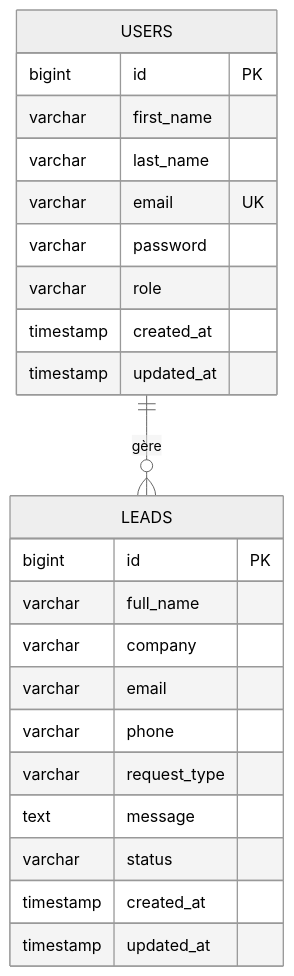
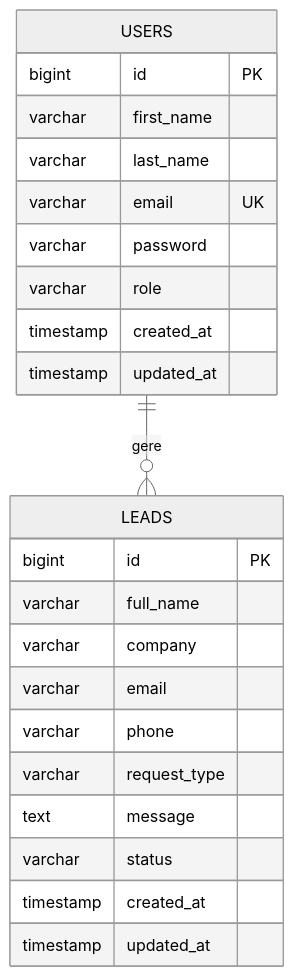
One commit to hrhouma1/inskillflow-docs-formation-spring-boot-projet-e-contact-backend changed the sixth of 9 diagrams in troubleshooting/20-deploiement-final-et-architecture-mermaid.md. Above: the diagram before and after it, drawn with Mermaid (neutral theme). The commit also changed other lines of this file, not shown here.

````diff
--- a/troubleshooting/20-deploiement-final-et-architecture-mermaid.md
+++ b/troubleshooting/20-deploiement-final-et-architecture-mermaid.md
@@ -200,28 +200,28 @@
 ```mermaid
 erDiagram
     USERS {
         bigint id PK
         varchar first_name
         varchar last_name
         varchar email UK
         varchar password
         varchar role
         timestamp created_at
         timestamp updated_at
     }
 
     LEADS {
         bigint id PK
         varchar full_name
         varchar company
         varchar email
         varchar phone
         varchar request_type
         text message
         varchar status
         timestamp created_at
         timestamp updated_at
     }
 
-    USERS ||--o{ LEADS : "gère"
+    USERS ||--o{ LEADS : "gere"
 ```
````
